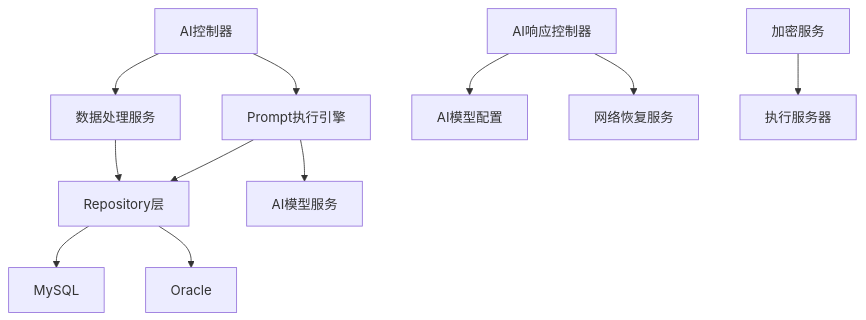
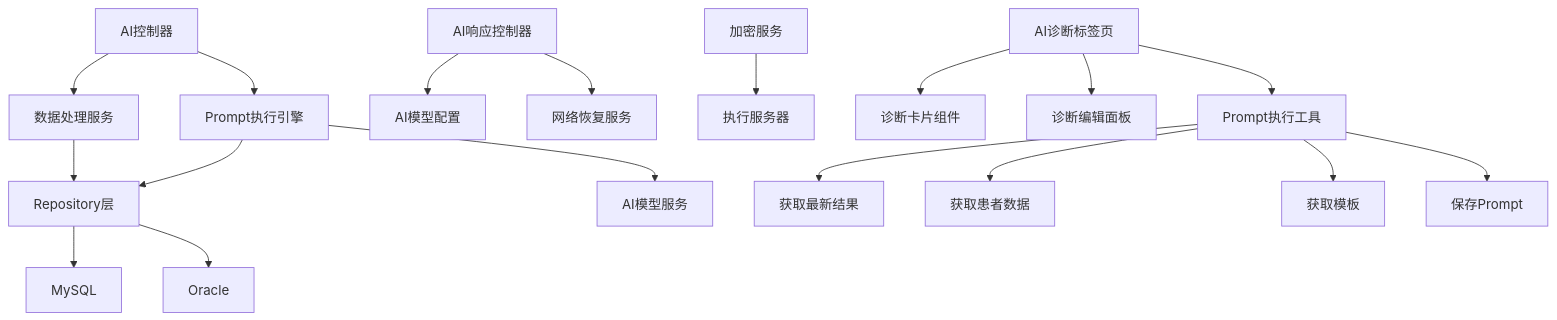
One commit to liuzh2008/med_ai_assistant_workspace changed the seventh of 7 diagrams in .qoder/repowiki/zh/content/核心功能模块/AI诊断辅助系统.md. Above: the diagram before and after it, drawn with Mermaid. The commit also changed other lines of this file and 3 other files, not shown here.

````diff
--- a/.qoder/repowiki/zh/content/核心功能模块/AI诊断辅助系统.md
+++ b/.qoder/repowiki/zh/content/核心功能模块/AI诊断辅助系统.md
@@ -288,13 +430,20 @@
 ```mermaid
 graph TB
 AI["AI控制器"] --> PromptSvc["Prompt执行引擎"]
 AI --> DataSvc["数据处理服务"]
 AIResp["AI响应控制器"] --> AIModelCfg["AI模型配置"]
 AIResp --> NetRecovery["网络恢复服务"]
 Encrypt["加密服务"] --> ExecServer["执行服务器"]
 PromptSvc --> Repo["Repository层"]
 DataSvc --> Repo
 Repo --> MySQL["MySQL"]
 Repo --> Oracle["Oracle"]
 PromptSvc --> AIModel["AI模型服务"]
+AIDiagnosisTab["AI诊断标签页"] --> DiagnosisCard["诊断卡片组件"]
+AIDiagnosisTab --> DiagnosisEditPanel["诊断编辑面板"]
+AIDiagnosisTab --> handlePromptExecution["Prompt执行工具"]
+handlePromptExecution --> getLatestPromptResult["获取最新结果"]
+handlePromptExecution --> getPatientData["获取患者数据"]
+handlePromptExecution --> getPromptTemplate["获取模板"]
+handlePromptExecution --> addPrompt["保存Prompt"]
 ```
````
